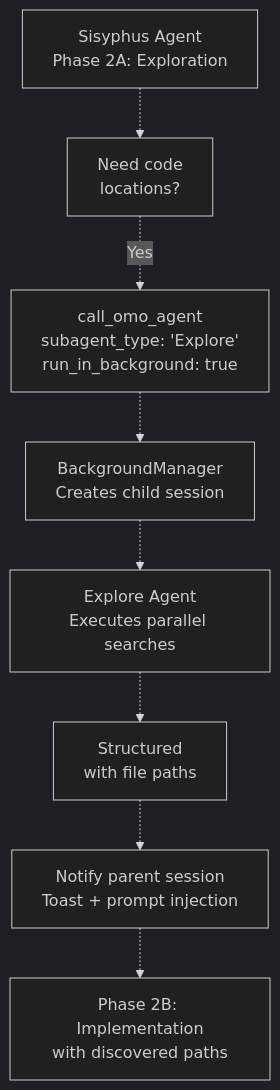
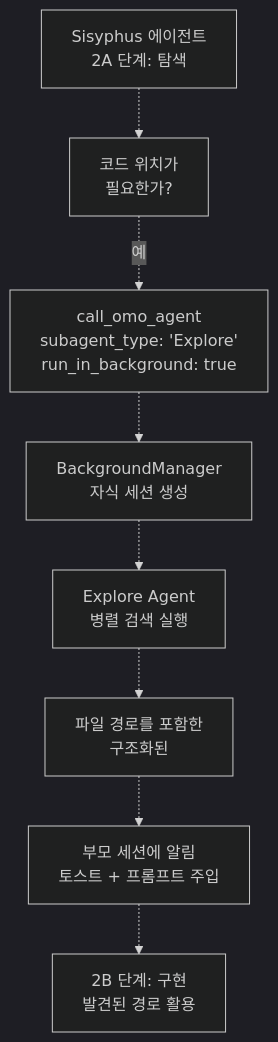
One commit to felipetruman/oh-my-opencode-docs changed the seventh of 7 diagrams in docs/agents/explore-agent.md. Above: the diagram before and after it, drawn with Mermaid (dark theme). The commit also changed other lines of this file and 76 other files, not shown here.

````diff
--- a/docs/agents/explore-agent.md
+++ b/docs/agents/explore-agent.md
@@ -313,20 +313,20 @@
 ```mermaid
 flowchart TD
 
-Sisyphus["Sisyphus Agent<br>Phase 2A: Exploration"]
-Decision["Need code<br>locations?"]
+Sisyphus["Sisyphus 에이전트<br>2A 단계: 탐색"]
+Decision["코드 위치가<br>필요한가?"]
 CallExplore["call_omo_agent<br>subagent_type: 'Explore'<br>run_in_background: true"]
-BackgroundManager["BackgroundManager<br>Creates child session"]
-ExploreAgent["Explore Agent<br>Executes parallel searches"]
-Results["Structured <results><br>with file paths"]
-Notification["Notify parent session<br>Toast + prompt injection"]
-Phase2B["Phase 2B: Implementation<br>with discovered paths"]
+BackgroundManager["BackgroundManager<br>자식 세션 생성"]
+ExploreAgent["Explore Agent<br>병렬 검색 실행"]
+Results["파일 경로를 포함한<br>구조화된 <results>"]
+Notification["부모 세션에 알림<br>토스트 + 프롬프트 주입"]
+Phase2B["2B 단계: 구현<br>발견된 경로 활용"]
 
 Sisyphus -.-> Decision
-Decision -.->|"Yes"| CallExplore
+Decision -.->|"예"| CallExplore
 CallExplore -.-> BackgroundManager
 BackgroundManager -.-> ExploreAgent
 ExploreAgent -.-> Results
 Results -.-> Notification
 Notification -.-> Phase2B
 ```
````
